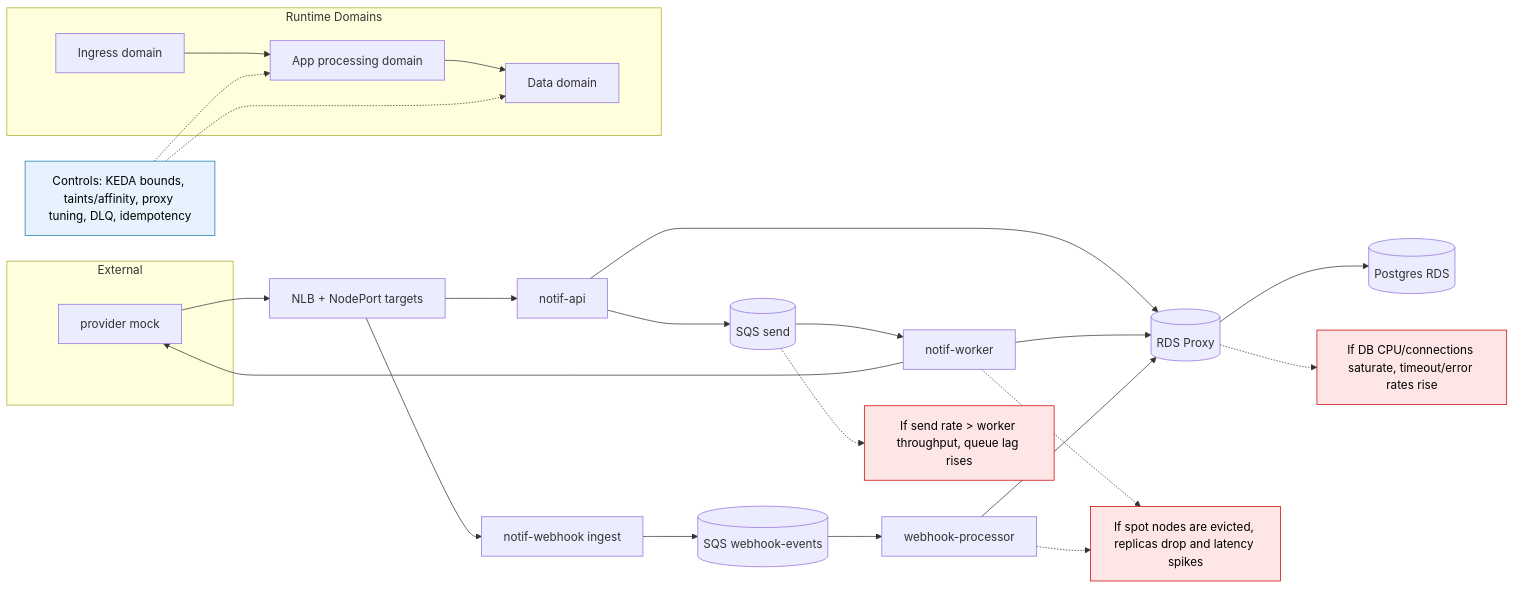
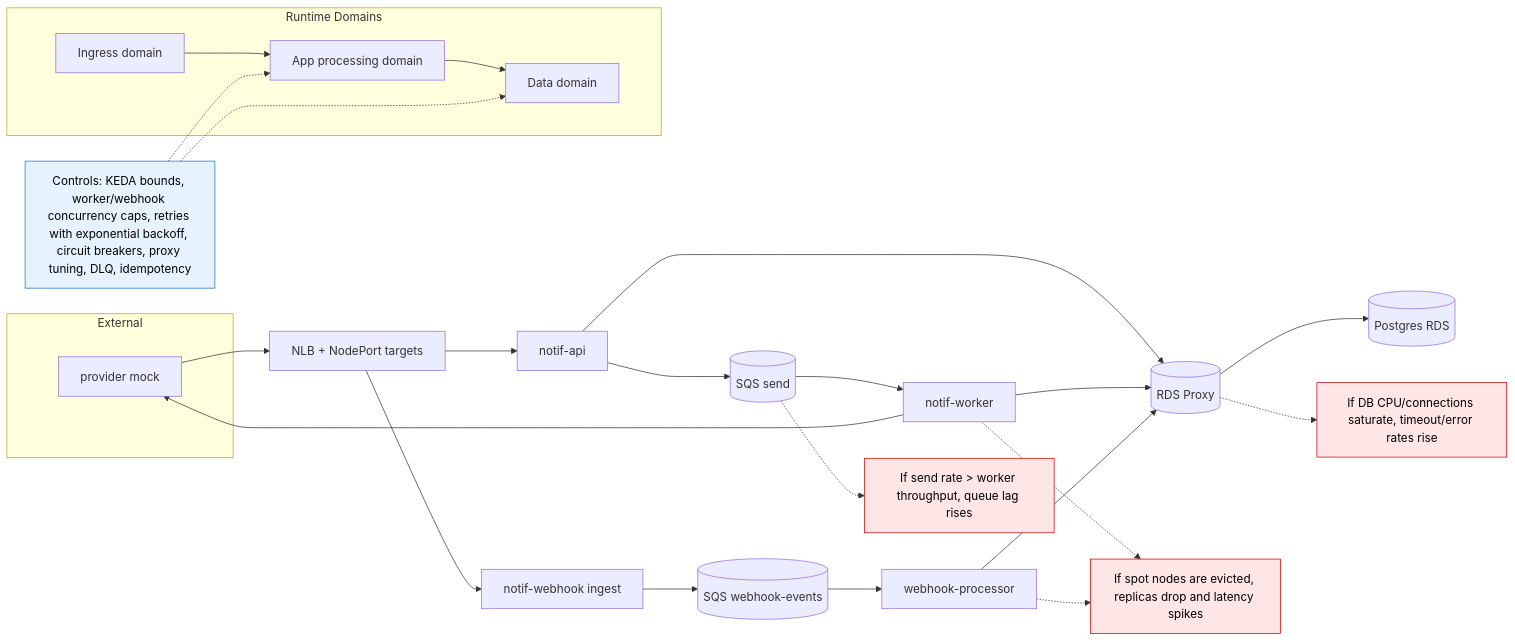
The diagram in docs/architecture/04-scaling-failure-domains.md (sagarsuperuser/notif-service), drawn with Mermaid before and after one commit. The commit also changed other lines of this file and 1 other file, not shown here.

Commit message:
docs: enhancement for sequence diagram

````diff
--- a/docs/architecture/04-scaling-failure-domains.md
+++ b/docs/architecture/04-scaling-failure-domains.md
@@ -3,49 +3,49 @@
 ```mermaid
 flowchart LR
   subgraph ext[External]
     mock[provider mock]
   end
 
   subgraph domains[Runtime Domains]
     ingress[Ingress domain]
     app[App processing domain]
     data[Data domain]
   end
 
   ingress --> app --> data
 
   nlb[NLB + NodePort targets]
   api[notif-api]
   webhook[notif-webhook ingest]
   worker[notif-worker]
   whproc[webhook-processor]
   qsend[(SQS send)]
   qwebhook[(SQS webhook-events)]
   proxy[(RDS Proxy)]
   db[(Postgres RDS)]
 
   nlb --> api
   nlb --> webhook
   api --> qsend --> worker --> mock
   mock --> nlb
   webhook --> qwebhook --> whproc
   api --> proxy
   worker --> proxy
   whproc --> proxy
   proxy --> db
 
   classDef risk fill:#ffe6e6,stroke:#c00,color:#000;
   classDef ctrl fill:#e6f3ff,stroke:#1f78b4,color:#000;
 
   overload_worker["If send rate > worker throughput, queue lag rises"]:::risk
   overload_db["If DB CPU/connections saturate, timeout/error rates rise"]:::risk
   spot_loss["If spot nodes are evicted, replicas drop and latency spikes"]:::risk
-  controls["Controls: KEDA bounds, taints/affinity, proxy tuning, DLQ, idempotency"]:::ctrl
+  controls["Controls: KEDA bounds, worker/webhook concurrency caps, retries with exponential backoff, circuit breakers, proxy tuning, DLQ, idempotency"]:::ctrl
 
   qsend -.-> overload_worker
   proxy -.-> overload_db
   worker -.-> spot_loss
   whproc -.-> spot_loss
   controls -.-> app
   controls -.-> data
 ```
````
